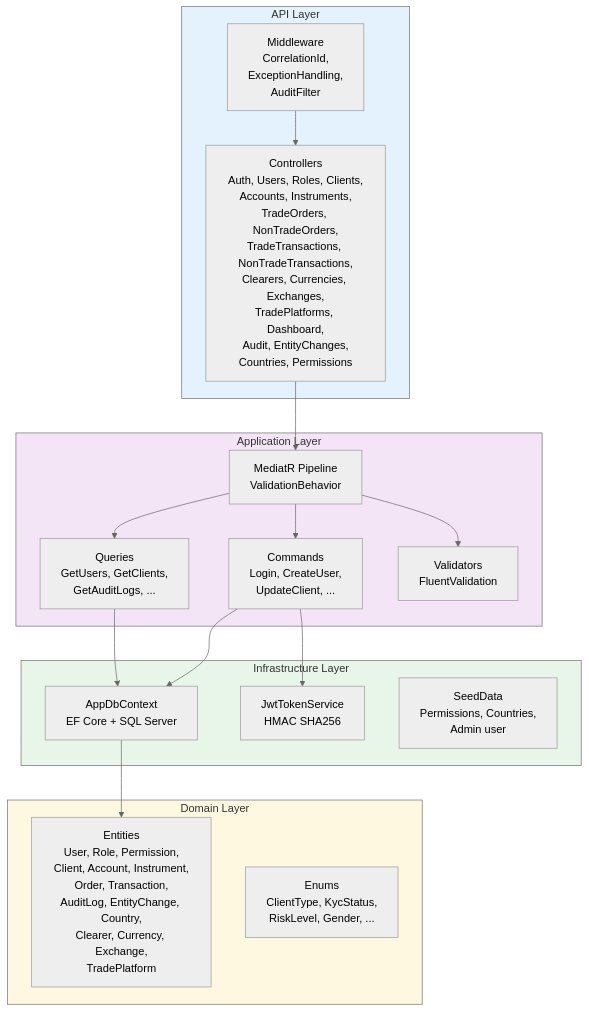
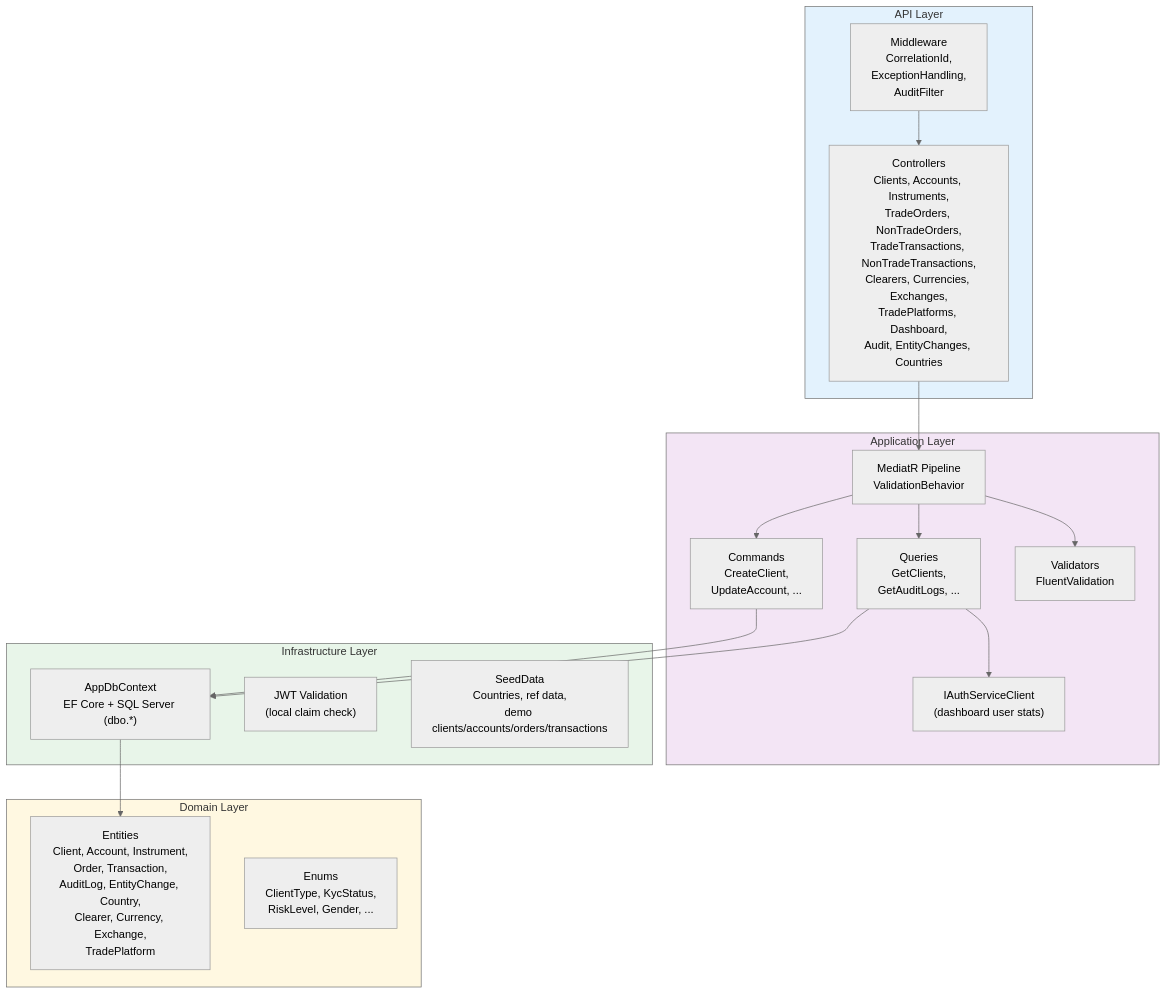
One commit to bebeleeloo/backoffice changed the third of 5 diagrams in docs/architecture/02-system-context.md. Above: the diagram before and after it, drawn with Mermaid (neutral theme). The commit also changed other lines of this file and 198 other files, not shown here.

First line of the commit message:
Extract auth into separate microservice (auth-service)

````diff
--- a/docs/architecture/02-system-context.md
+++ b/docs/architecture/02-system-context.md
@@ -68,40 +86,41 @@
 ```mermaid
 flowchart TB
     subgraph API["API Layer"]
-        controllers["Controllers<br/>Auth, Users, Roles, Clients,<br/>Accounts, Instruments,<br/>TradeOrders, NonTradeOrders,<br/>TradeTransactions, NonTradeTransactions,<br/>Clearers, Currencies, Exchanges,<br/>TradePlatforms, Dashboard,<br/>Audit, EntityChanges,<br/>Countries, Permissions"]
+        controllers["Controllers<br/>Clients, Accounts, Instruments,<br/>TradeOrders, NonTradeOrders,<br/>TradeTransactions, NonTradeTransactions,<br/>Clearers, Currencies, Exchanges,<br/>TradePlatforms, Dashboard,<br/>Audit, EntityChanges, Countries"]
         middleware["Middleware<br/>CorrelationId,<br/>ExceptionHandling,<br/>AuditFilter"]
     end
 
     subgraph App["Application Layer"]
-        commands["Commands<br/>Login, CreateUser,<br/>UpdateClient, ..."]
-        queries["Queries<br/>GetUsers, GetClients,<br/>GetAuditLogs, ..."]
+        commands["Commands<br/>CreateClient,<br/>UpdateAccount, ..."]
+        queries["Queries<br/>GetClients,<br/>GetAuditLogs, ..."]
         validators["Validators<br/>FluentValidation"]
         pipeline["MediatR Pipeline<br/>ValidationBehavior"]
+        authClient["IAuthServiceClient<br/>(dashboard user stats)"]
     end
 
     subgraph Domain["Domain Layer"]
-        entities["Entities<br/>User, Role, Permission,<br/>Client, Account, Instrument,<br/>Order, Transaction,<br/>AuditLog, EntityChange, Country,<br/>Clearer, Currency, Exchange,<br/>TradePlatform"]
+        entities["Entities<br/>Client, Account, Instrument,<br/>Order, Transaction,<br/>AuditLog, EntityChange, Country,<br/>Clearer, Currency, Exchange,<br/>TradePlatform"]
         enums["Enums<br/>ClientType, KycStatus,<br/>RiskLevel, Gender, ..."]
     end
 
     subgraph Infra["Infrastructure Layer"]
-        dbcontext["AppDbContext<br/>EF Core + SQL Server"]
-        jwt["JwtTokenService<br/>HMAC SHA256"]
-        seed["SeedData<br/>Permissions, Countries,<br/>Admin user"]
+        dbcontext["AppDbContext<br/>EF Core + SQL Server (dbo.*)"]
+        jwtValidation["JWT Validation<br/>(local claim check)"]
+        seed["SeedData<br/>Countries, ref data,<br/>demo clients/accounts/orders/transactions"]
     end
 
     controllers --> pipeline
     pipeline --> validators
     pipeline --> commands
     pipeline --> queries
     commands --> dbcontext
-    commands --> jwt
     queries --> dbcontext
+    queries --> authClient
     middleware --> controllers
     dbcontext --> entities
 
     style API fill:#e3f2fd
     style App fill:#f3e5f5
     style Domain fill:#fff8e1
     style Infra fill:#e8f5e9
 ```
````
